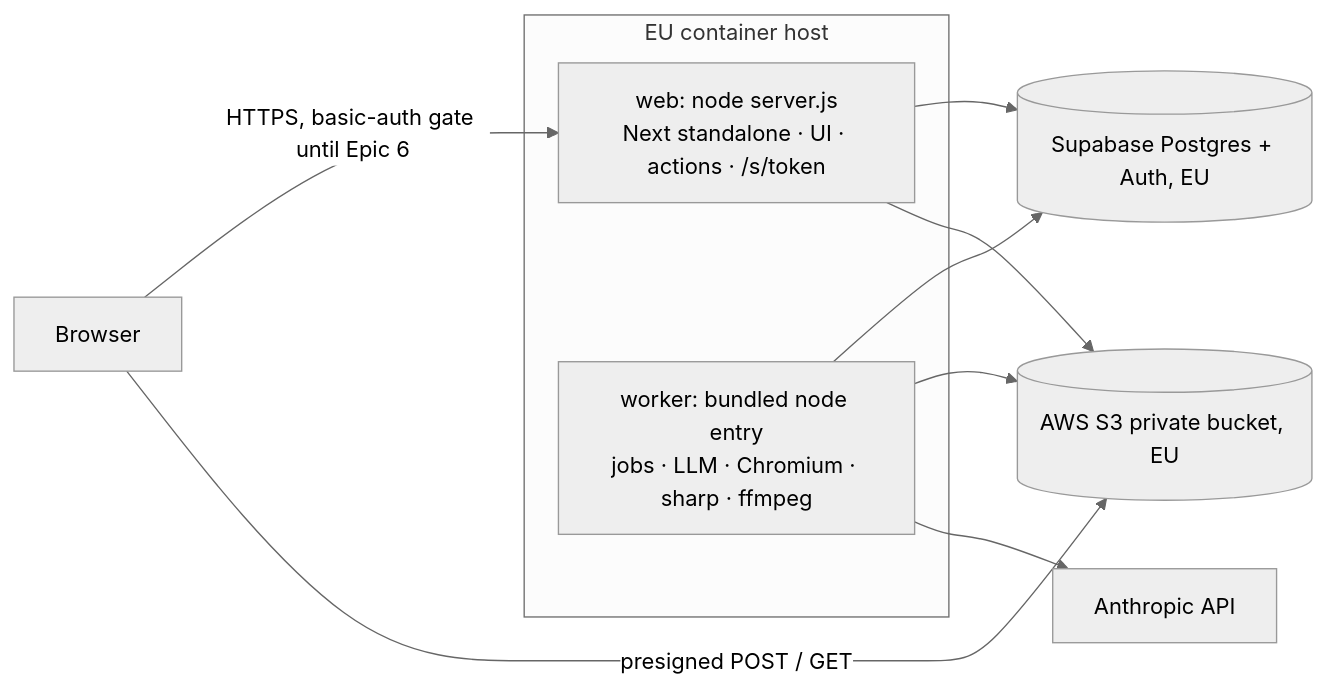
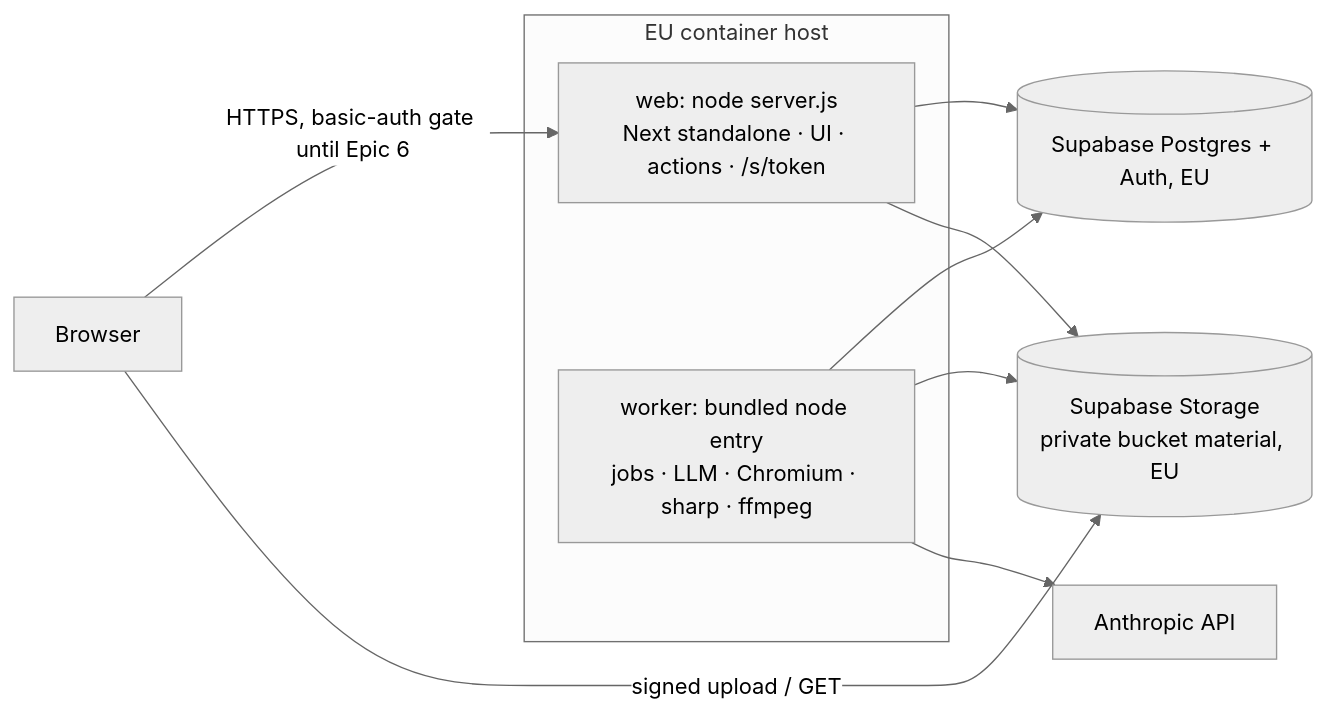
The fifth of 5 diagrams in _bmad-output/planning-artifacts/architecture/architecture-MAC Recap-2026-10-08/ARCHITECTURE-SPINE.md (mac-sonja/mac-recap), drawn with Mermaid (neutral theme) before and after one commit. The commit also changed other lines of this file and 9 other files, not shown here.

First line of the commit message:
docs(scp): store files in Supabase Storage instead of AWS S3

````diff
--- a/_bmad-output/planning-artifacts/architecture/architecture-MAC Recap-2026-10-08/ARCHITECTURE-SPINE.md
+++ b/_bmad-output/planning-artifacts/architecture/architecture-MAC Recap-2026-10-08/ARCHITECTURE-SPINE.md
@@ -379,14 +379,14 @@
 ```mermaid
 flowchart LR
   subgraph EU container host
     WEB[web: node server.js<br/>Next standalone · UI · actions · /s/token]
     WK[worker: bundled node entry<br/>jobs · LLM · Chromium · sharp · ffmpeg]
   end
   B[Browser] -->|HTTPS, basic-auth gate until Epic 6| WEB
-  B -->|presigned POST / GET| S3[(AWS S3 private bucket, EU)]
+  B -->|signed upload / GET| ST[(Supabase Storage<br/>private bucket material, EU)]
   WEB --> SB[(Supabase Postgres + Auth, EU)]
   WK --> SB
-  WK --> S3
+  WK --> ST
   WK --> AN[Anthropic API]
-  WEB --> S3
+  WEB --> ST
 ```
````
